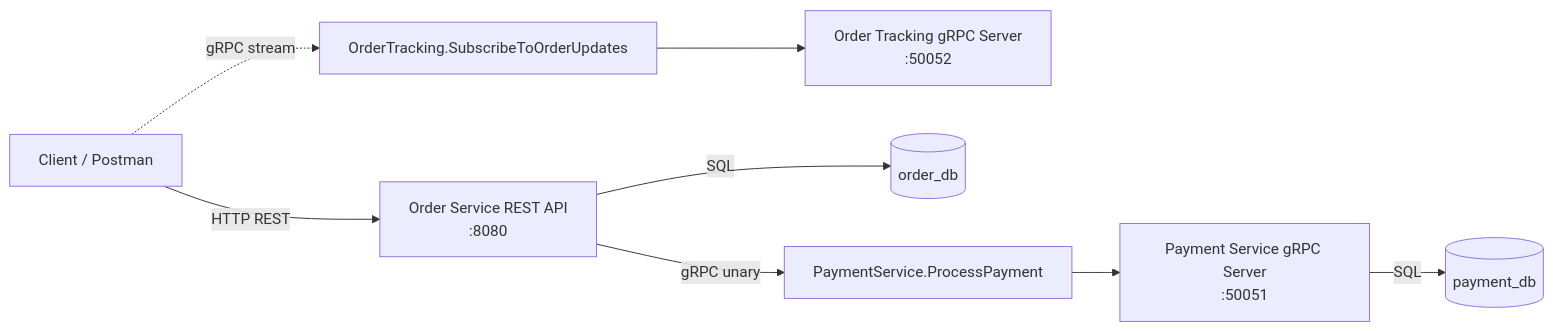
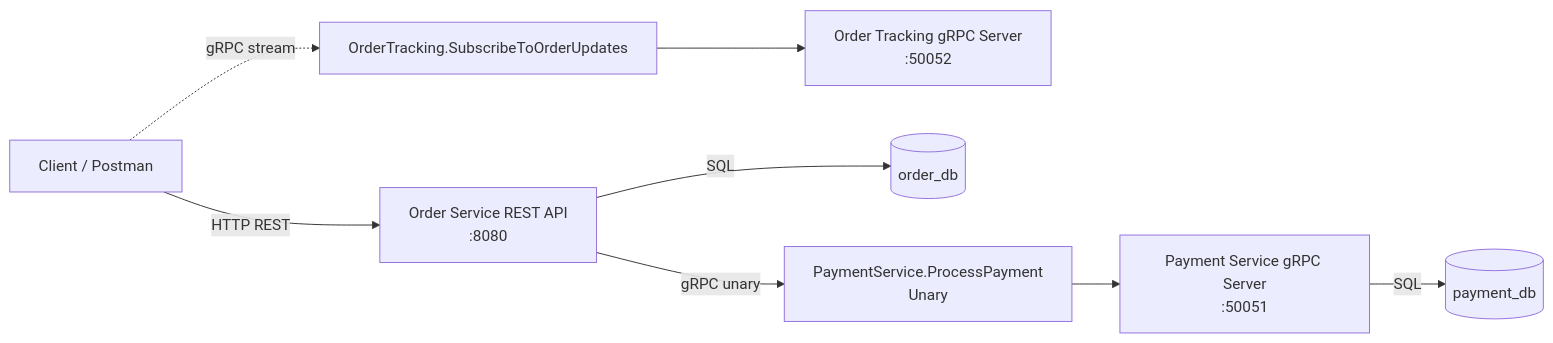
One commit to Casper-242464/Assignment-1_ADP2 changed the diagram in README.md. Above: the diagram before and after it, drawn with Mermaid. The commit also changed other lines of this file and 14 other files, not shown here.

````diff
--- a/README.md
+++ b/README.md
@@ -98,19 +114,19 @@
 ```mermaid
 flowchart LR
     C[Client / Postman]
     OHTTP[Order Service REST API<br/>:8080]
     OGRPC[Order Tracking gRPC Server<br/>:50052]
     PGRPC[Payment Service gRPC Server<br/>:50051]
     ODB[(order_db)]
     PDB[(payment_db)]
-    G1[PaymentService.ProcessPayment]
+    G1[PaymentService.ProcessPayment<br/>Unary]
     G2[OrderTracking.SubscribeToOrderUpdates]
 
     C -->|HTTP REST| OHTTP
     OHTTP -->|SQL| ODB
     OHTTP -->|gRPC unary| G1
     G1 --> PGRPC
     PGRPC -->|SQL| PDB
     C -.->|gRPC stream| G2
     G2 --> OGRPC
 ```
````
